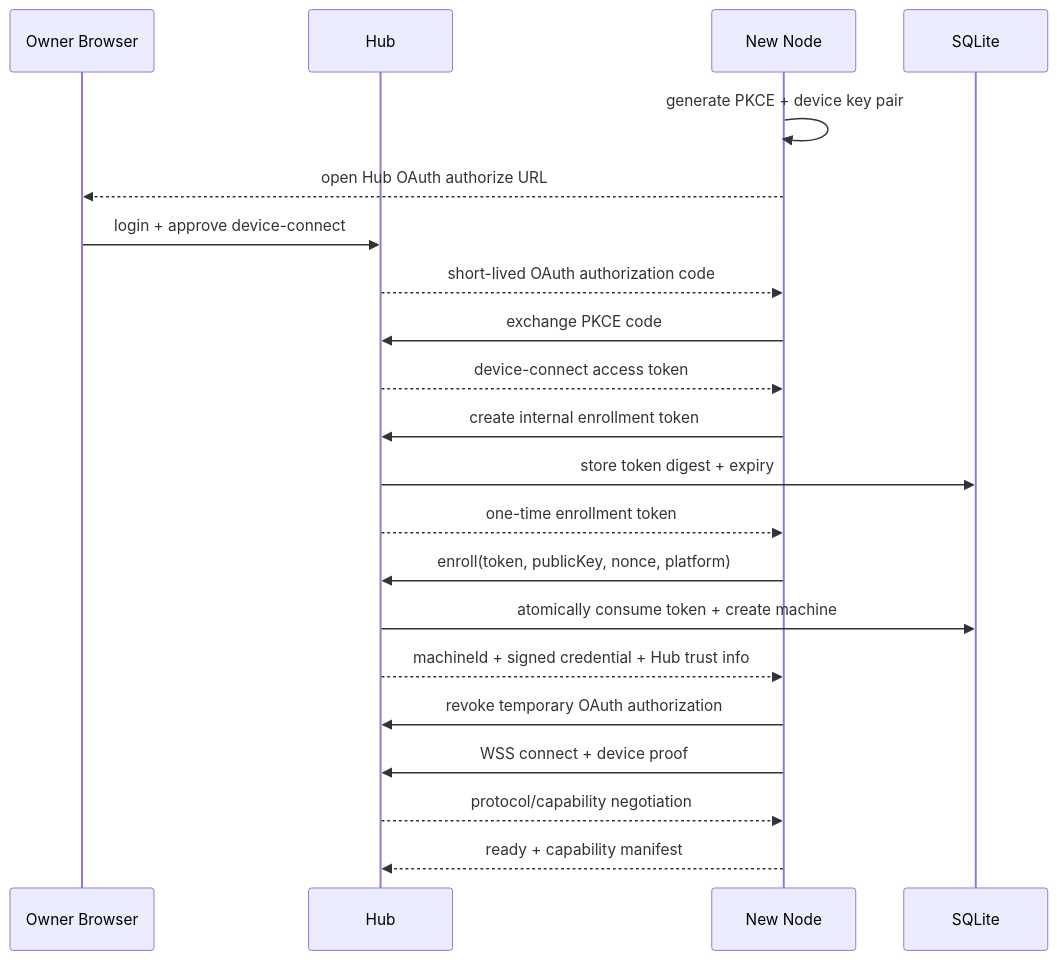
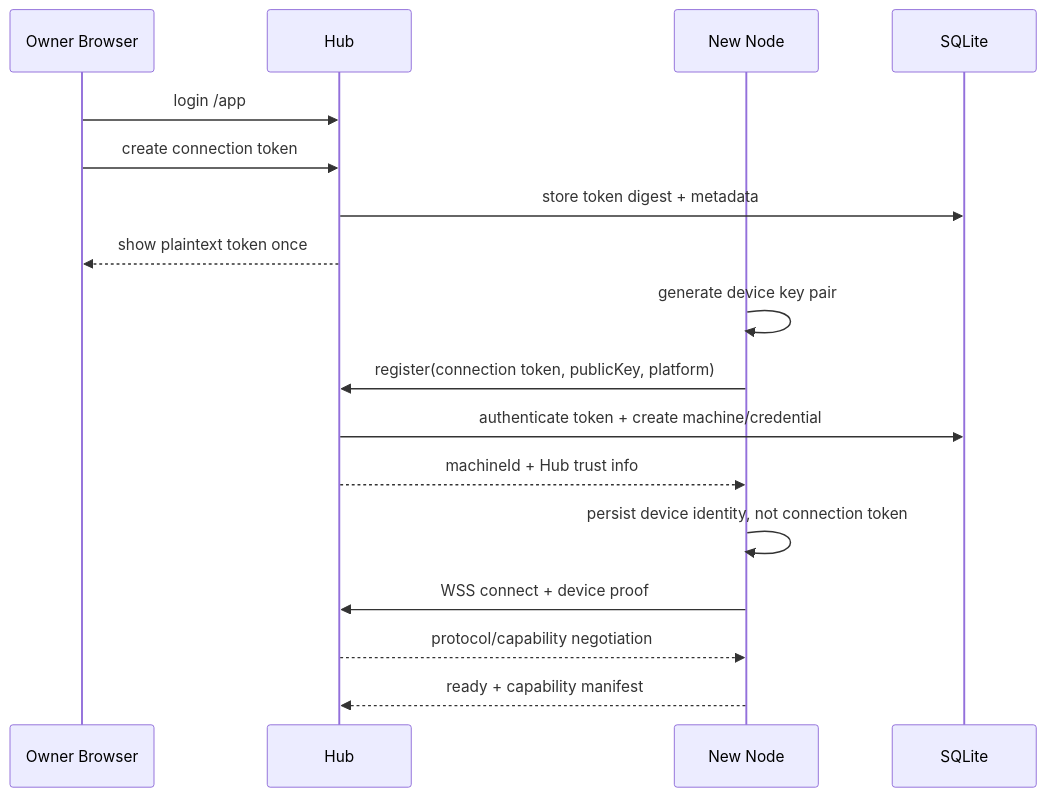
The diagram in docs/03-hub-design.md (isguang2024/fast-spider), drawn with Mermaid before and after one commit. The commit also changed other lines of this file and 39 other files, not shown here.

````diff
--- a/docs/03-hub-design.md
+++ b/docs/03-hub-design.md
@@ -62,24 +56,20 @@
 ```mermaid
 sequenceDiagram
     participant U as Owner Browser
     participant H as Hub
     participant N as New Node
     participant DB as SQLite
 
-    N->>N: generate PKCE + device key pair
-    N-->>U: open Hub OAuth authorize URL
-    U->>H: login + approve device-connect
-    H-->>N: short-lived OAuth authorization code
-    N->>H: exchange PKCE code
-    H-->>N: device-connect access token
-    N->>H: create internal enrollment token
-    H->>DB: store token digest + expiry
-    H-->>N: one-time enrollment token
-    N->>H: enroll(token, publicKey, nonce, platform)
-    H->>DB: atomically consume token + create machine
-    H-->>N: machineId + signed credential + Hub trust info
-    N->>H: revoke temporary OAuth authorization
+    U->>H: login /app
+    U->>H: create connection token
+    H->>DB: store token digest + metadata
+    H-->>U: show plaintext token once
+    N->>N: generate device key pair
+    N->>H: register(connection token, publicKey, platform)
+    H->>DB: authenticate token + create machine/credential
+    H-->>N: machineId + Hub trust info
+    N->>N: persist device identity, not connection token
     N->>H: WSS connect + device proof
     H-->>N: protocol/capability negotiation
     N-->>H: ready + capability manifest
 ```
````
